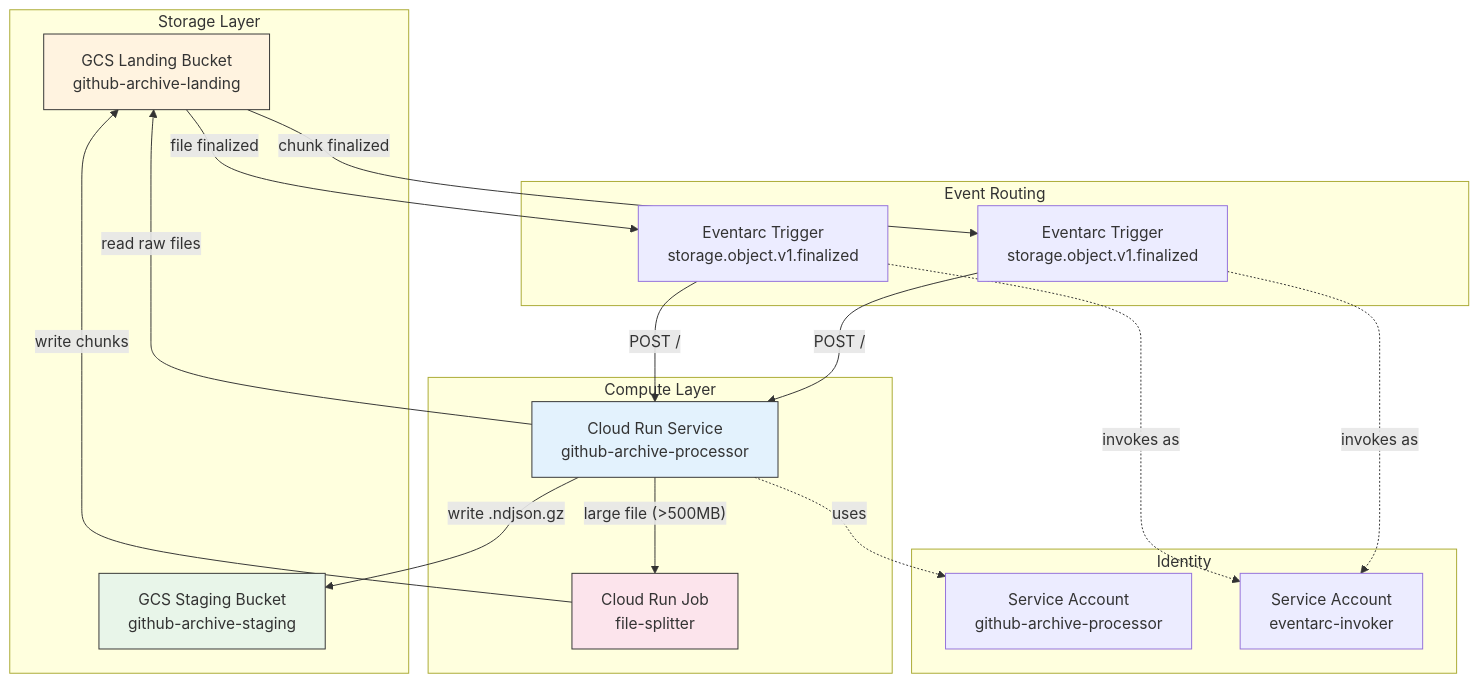
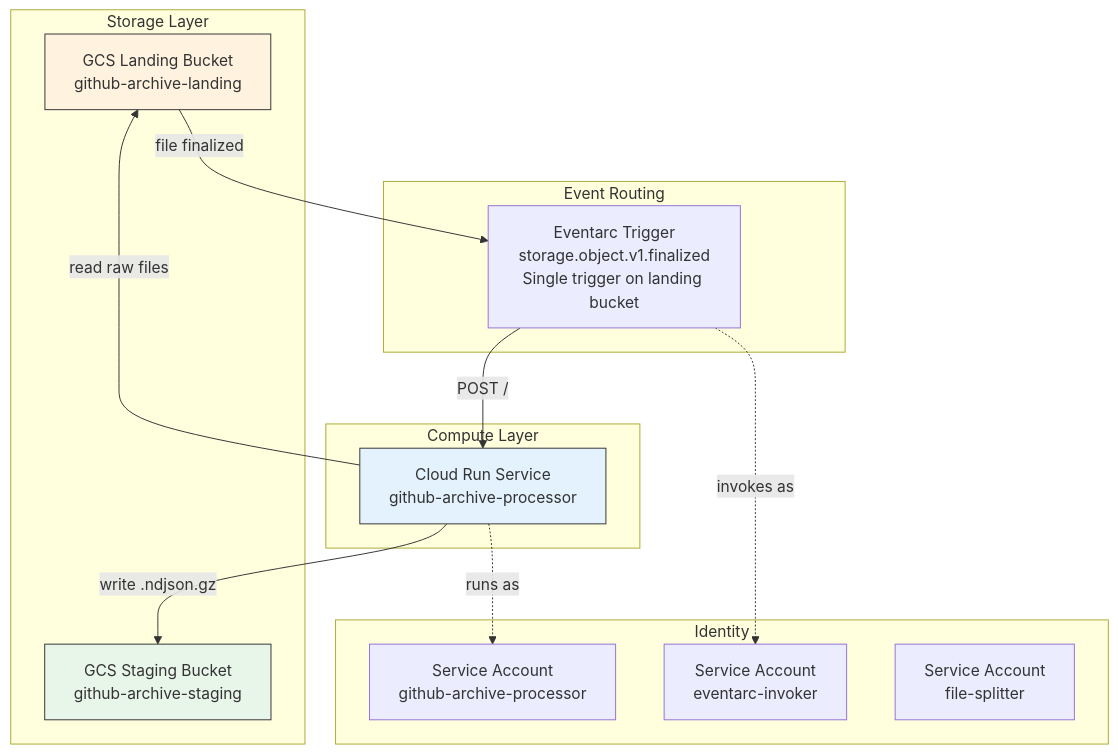
The first of 3 diagrams in design/github_archive/phase2_process_files/Phase_2_Design.md (prateekpanjla-outlook/gcp_data_proc), drawn with Mermaid before and after one commit. The commit also changed other lines of this file and 26 other files, not shown here.

````diff
--- a/design/github_archive/phase2_process_files/Phase_2_Design.md
+++ b/design/github_archive/phase2_process_files/Phase_2_Design.md
@@ -9,41 +9,33 @@
 ```mermaid
-flowchart TB
+graph TB
     subgraph Storage["Storage Layer"]
-        LB[GCS Landing Bucket<br/>github-archive-landing]
-        SB[GCS Staging Bucket<br/>github-archive-staging]
+        LB[GCS Landing Bucket<br>github-archive-landing]
+        SB[GCS Staging Bucket<br>github-archive-staging]
     end
 
     subgraph Eventarc["Event Routing"]
-        ET1[Eventarc Trigger<br/>storage.object.v1.finalized]
-        ET2[Eventarc Trigger<br/>storage.object.v1.finalized]
+        ET[Eventarc Trigger<br>storage.object.v1.finalized<br>Single trigger on landing bucket]
     end
 
     subgraph Compute["Compute Layer"]
-        CRS[Cloud Run Service<br/>github-archive-processor]
-        CRJ[Cloud Run Job<br/>file-splitter]
+        CRS[Cloud Run Service<br>github-archive-processor]
     end
 
     subgraph IAM["Identity"]
-        SA1[Service Account<br/>github-archive-processor]
-        SA2[Service Account<br/>eventarc-invoker]
+        SA1[Service Account<br>github-archive-processor]
+        SA2[Service Account<br>eventarc-invoker]
+        SA3[Service Account<br>file-splitter]
     end
 
-    LB -->|"file finalized"| ET1
-    ET1 -->|"POST /"| CRS
+    LB -->|"file finalized"| ET
+    ET -->|"POST /"| CRS
     CRS -->|"read raw files"| LB
     CRS -->|"write .ndjson.gz"| SB
 
-    CRS -->|"large file (>500MB)"| CRJ
-    CRJ -->|"write chunks"| LB
-    LB -->|"chunk finalized"| ET2
-    ET2 -->|"POST /"| CRS
-
-    CRS -.->|"uses"| SA1
-    ET1 -.->|"invokes as"| SA2
-    ET2 -.->|"invokes as"| SA2
+    CRS -.->|"runs as"| SA1
+    ET -.->|"invokes as"| SA2
 
     style LB fill:#fff3e0,stroke:#333
     style SB fill:#e8f5e9,stroke:#333
     style CRS fill:#e3f2fd,stroke:#333
-    style CRJ fill:#fce4ec,stroke:#333
 ```
````
